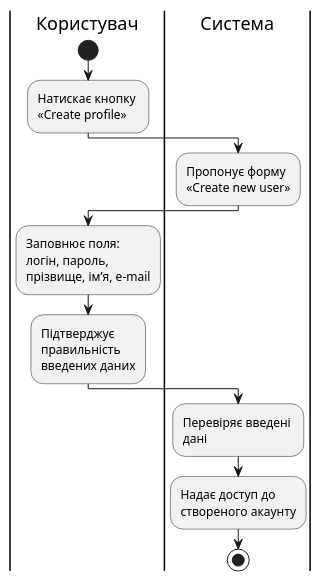
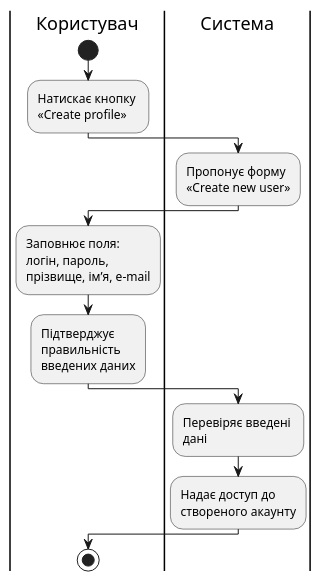
Before and after one commit to mq1488/Media-content-analysis-system: the diagram in src/uml/use cases/se-1-1.puml, drawn with PlantUML.

```diff
--- a/src/uml/use cases/se-1-1.puml
+++ b/src/uml/use cases/se-1-1.puml
@@ -1,16 +1,17 @@
 @startuml
 
     |Користувач|
     start
     :Натискає кнопку \n«Create profile»;
     |Система|
     :Пропонує форму \n«Create new user»;
     |Користувач|
     :Заповнює поля: \nлогін, пароль, \nпрізвище, ім’я, e-mail;
     :Підтверджує \nправильність \nвведених даних;
     |Система|
     :Перевіряє введені \nдані;
     :Надає доступ до \nствореного акаунту;
+    |Користувач|
     stop
 
 @enduml
```
